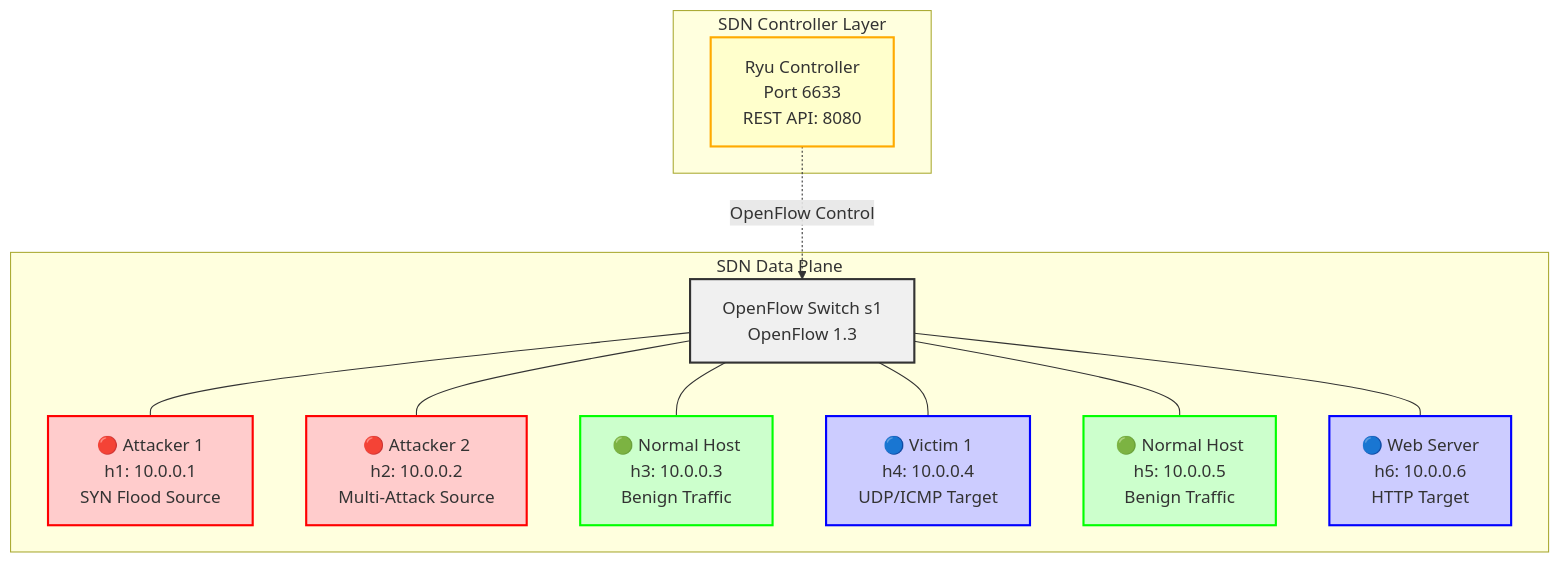
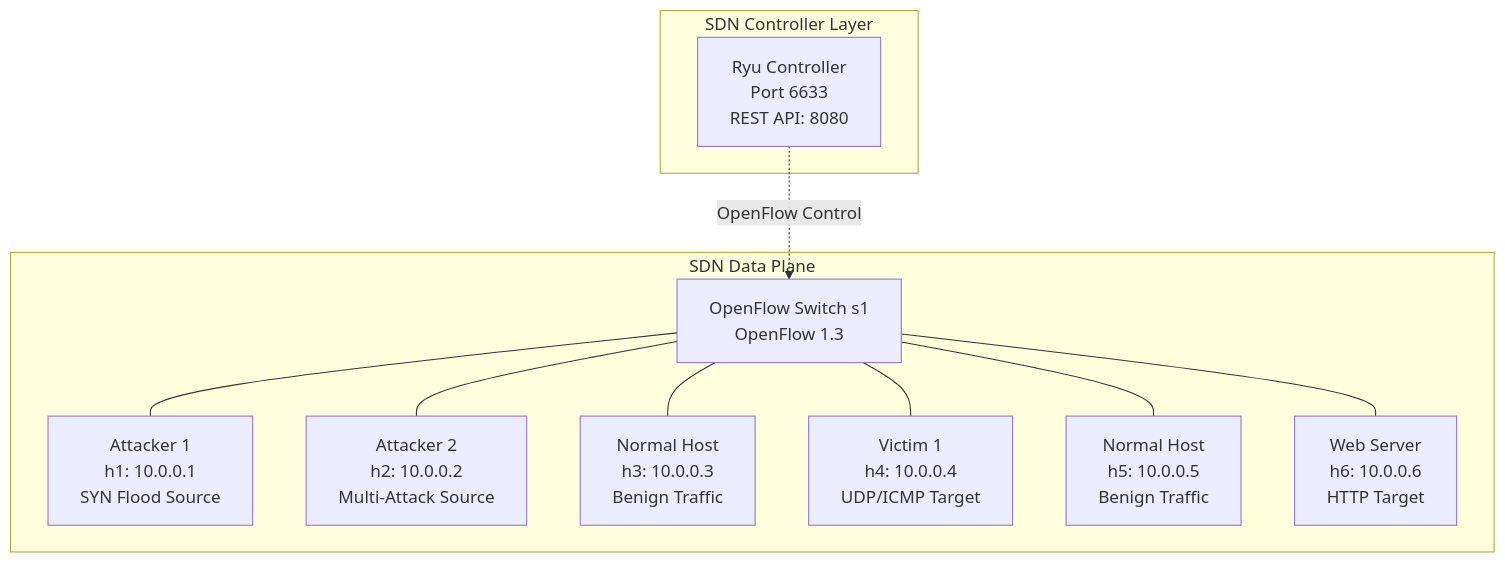
The first of 2 diagrams in docs/scenario.md (nqmn/adddosdn), drawn with Mermaid before and after one commit. The commit also changed other lines of this file, not shown here.

````diff
--- a/docs/scenario.md
+++ b/docs/scenario.md
@@ -9,28 +23,19 @@
 ```mermaid
 graph TD
     subgraph "SDN Controller Layer"
         ryu[Ryu Controller<br/>Port 6633<br/>REST API: 8080]
     end
     
     subgraph "SDN Data Plane"
         s1[OpenFlow Switch s1<br/>OpenFlow 1.3]
         
-        s1 --- h1[🔴 Attacker 1<br/>h1: 10.0.0.1<br/>SYN Flood Source]
-        s1 --- h2[🔴 Attacker 2<br/>h2: 10.0.0.2<br/>Multi-Attack Source]
-        s1 --- h3[🟢 Normal Host<br/>h3: 10.0.0.3<br/>Benign Traffic]
-        s1 --- h4[🔵 Victim 1<br/>h4: 10.0.0.4<br/>UDP/ICMP Target]
-        s1 --- h5[🟢 Normal Host<br/>h5: 10.0.0.5<br/>Benign Traffic]
-        s1 --- h6[🔵 Web Server<br/>h6: 10.0.0.6<br/>HTTP Target]
+        s1 --- h1[Attacker 1<br/>h1: 10.0.0.1<br/>SYN Flood Source]
+        s1 --- h2[Attacker 2<br/>h2: 10.0.0.2<br/>Multi-Attack Source]
+        s1 --- h3[Normal Host<br/>h3: 10.0.0.3<br/>Benign Traffic]
+        s1 --- h4[Victim 1<br/>h4: 10.0.0.4<br/>UDP/ICMP Target]
+        s1 --- h5[Normal Host<br/>h5: 10.0.0.5<br/>Benign Traffic]
+        s1 --- h6[Web Server<br/>h6: 10.0.0.6<br/>HTTP Target]
     end
     
     ryu -.->|OpenFlow Control| s1
-    
-    style h1 fill:#ffcccc,stroke:#ff0000,stroke-width:2px
-    style h2 fill:#ffcccc,stroke:#ff0000,stroke-width:2px
-    style h3 fill:#ccffcc,stroke:#00ff00,stroke-width:2px
-    style h4 fill:#ccccff,stroke:#0000ff,stroke-width:2px
-    style h5 fill:#ccffcc,stroke:#00ff00,stroke-width:2px
-    style h6 fill:#ccccff,stroke:#0000ff,stroke-width:2px
-    style ryu fill:#ffffcc,stroke:#ffaa00,stroke-width:2px
-    style s1 fill:#f0f0f0,stroke:#333,stroke-width:2px
 ```
````
